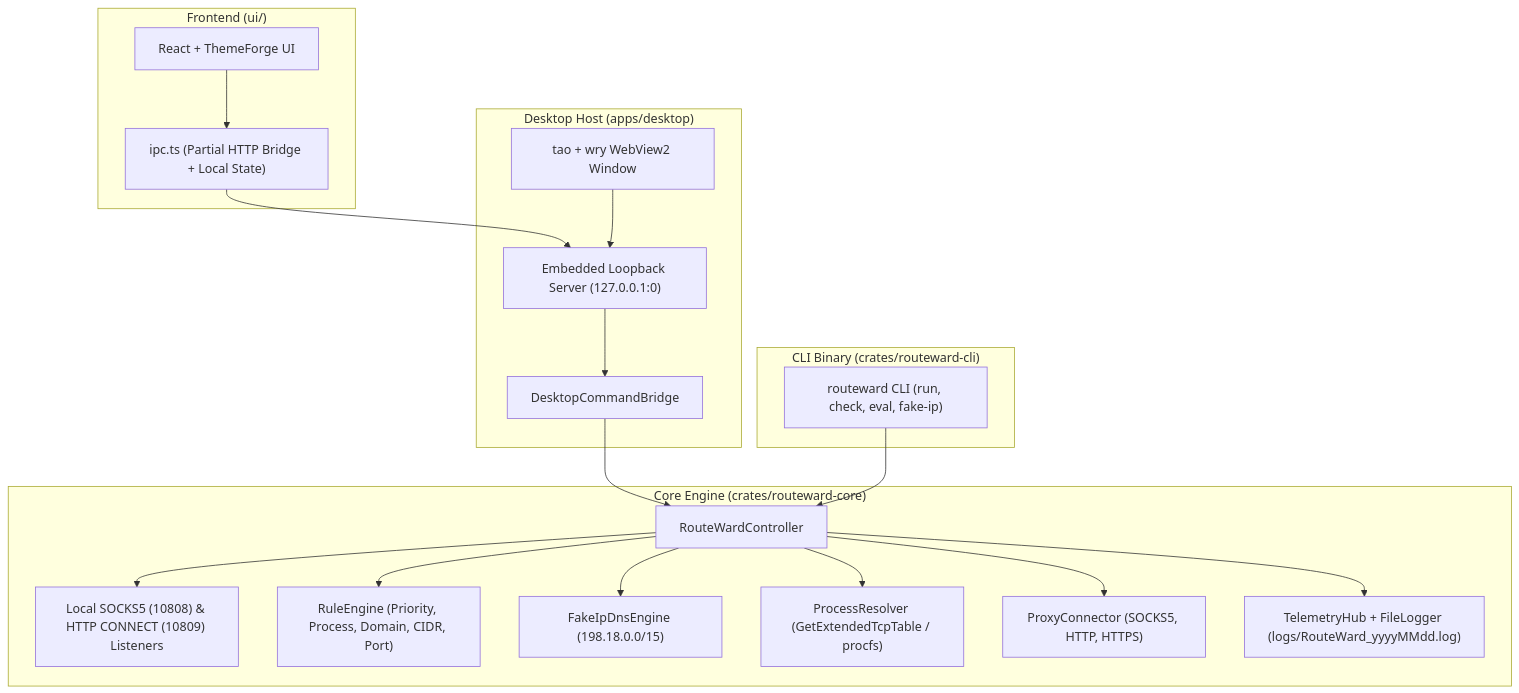
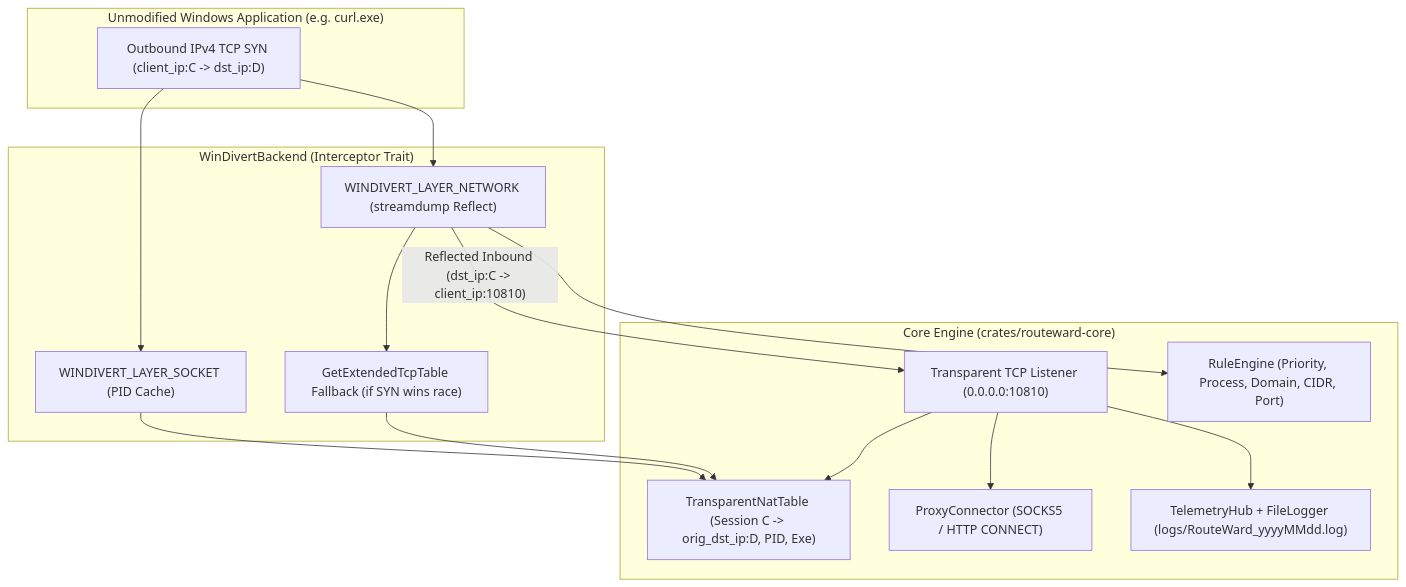
One commit to VBlackJack/routeward changed the diagram in docs/architecture.md. Above: the diagram before and after it, drawn with Mermaid. The commit also changed other lines of this file and 22 other files, not shown here.

Commit message:
feat: implement milestone 1 Windows IPv4 TCP interception via WinDivert

````diff
--- a/docs/architecture.md
+++ b/docs/architecture.md
@@ -13,40 +17,31 @@
 ```mermaid
 flowchart TD
-    subgraph UI["Frontend (ui/)"]
-        ReactApp["React + ThemeForge UI"]
-        IpcService["ipc.ts (Partial HTTP Bridge + Local State)"]
+    subgraph ClientApp["Unmodified Windows Application (e.g. curl.exe)"]
+        Curl["Outbound IPv4 TCP SYN (client_ip:C -> dst_ip:D)"]
     end
 
-    subgraph Desktop["Desktop Host (apps/desktop)"]
-        TaoWindow["tao + wry WebView2 Window"]
-        HttpLoopback["Embedded Loopback Server (127.0.0.1:0)"]
-        Bridge["DesktopCommandBridge"]
-    end
-
-    subgraph CLI["CLI Binary (crates/routeward-cli)"]
-        RouteWardCli["routeward CLI (run, check, eval, fake-ip)"]
+    subgraph WinDivert["WinDivertBackend (Interceptor Trait)"]
+        SockLayer["WINDIVERT_LAYER_SOCKET (PID Cache)"]
+        NetLayer["WINDIVERT_LAYER_NETWORK (streamdump Reflect)"]
+        PidFallback["GetExtendedTcpTable Fallback (if SYN wins race)"]
     end
 
     subgraph Core["Core Engine (crates/routeward-core)"]
-        Controller["RouteWardController"]
-        RelayListeners["Local SOCKS5 (10808) & HTTP CONNECT (10809) Listeners"]
+        NatTable["TransparentNatTable (Session C -> orig_dst_ip:D, PID, Exe)"]
+        TransRelay["Transparent TCP Listener (0.0.0.0:10810)"]
         RuleEngine["RuleEngine (Priority, Process, Domain, CIDR, Port)"]
-        FakeIpDns["FakeIpDnsEngine (198.18.0.0/15)"]
-        ProcessResolver["ProcessResolver (GetExtendedTcpTable / procfs)"]
-        ProxyConnector["ProxyConnector (SOCKS5, HTTP, HTTPS)"]
+        ProxyConnector["ProxyConnector (SOCKS5 / HTTP CONNECT)"]
         Telemetry["TelemetryHub + FileLogger (logs/RouteWard_yyyyMMdd.log)"]
     end
 
-    ReactApp --> IpcService
-    IpcService --> HttpLoopback
-    TaoWindow --> HttpLoopback
-    HttpLoopback --> Bridge
-    Bridge --> Controller
-    RouteWardCli --> Controller
-    Controller --> RelayListeners
-    Controller --> RuleEngine
-    Controller --> FakeIpDns
-    Controller --> ProcessResolver
-    Controller --> ProxyConnector
-    Controller --> Telemetry
+    Curl --> SockLayer
+    Curl --> NetLayer
+    SockLayer --> NatTable
+    NetLayer --> PidFallback
+    PidFallback --> NatTable
+    NetLayer --> RuleEngine
+    NetLayer -->|"Reflected Inbound (dst_ip:C -> client_ip:10810)"| TransRelay
+    TransRelay --> NatTable
+    TransRelay --> ProxyConnector
+    TransRelay --> Telemetry
 ```
````
